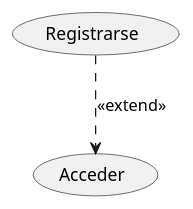
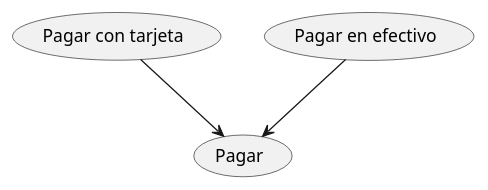
The diagram in src/Clases_De_Uso.puml (franmolinaadan/UML_1_Molina), drawn with PlantUML before and after one commit.

Commit message:
Cuarto ejemplo

```diff
--- a/src/Clases_De_Uso.puml
+++ b/src/Clases_De_Uso.puml
@@ -1,8 +1,10 @@
 @startuml
 
 
-"Acceder" as (Ac)
-"Registrarse" as (Rg)
+"Pagar" as (P)
+"Pagar con tarjeta" as (PT)
+"Pagar en efectivo" as (PE)
 
-Rg ..> Ac:<<extend>>
+PT --> P
+PE --> P
 @enduml
```
